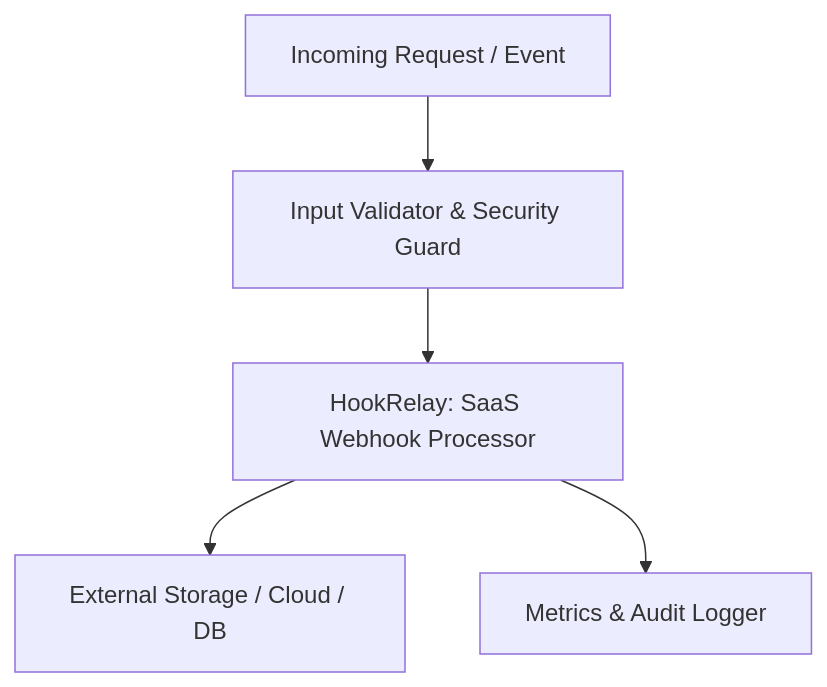
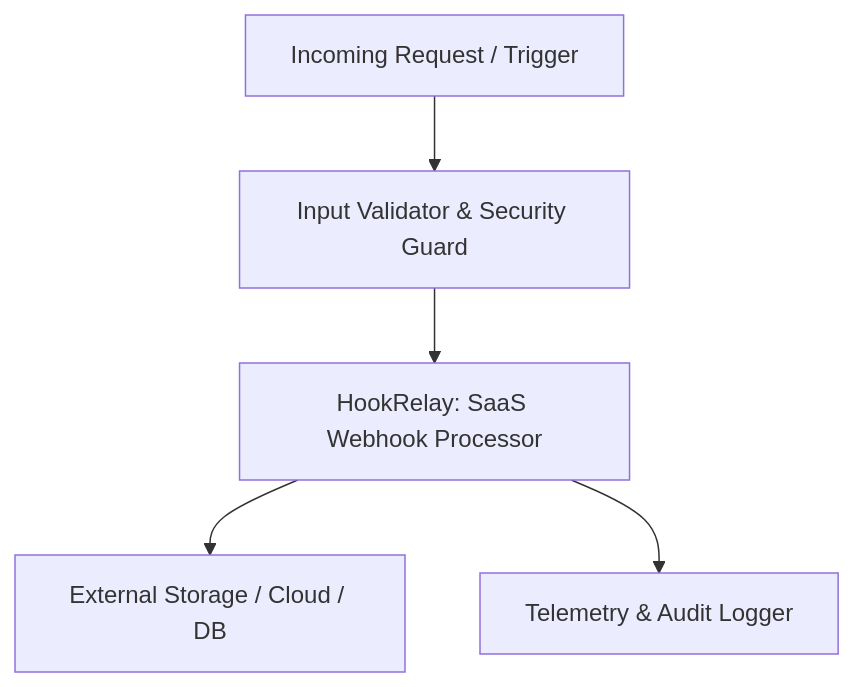
One commit to smit-backend/laravel-hook-relay changed the diagram in README.md. Above: the diagram before and after it, drawn with Mermaid. The commit also changed other lines of this file, not shown here.

Commit message:
docs(readme): add detailed architectural flowchart, usage examples, and badges

````diff
--- a/README.md
+++ b/README.md
@@ -23,7 +23,7 @@
 ```mermaid
 graph TD
-    Client[Incoming Request / Event] --> Gate[Input Validator & Security Guard]
+    Client[Incoming Request / Trigger] --> Gate[Input Validator & Security Guard]
     Gate --> CoreEngine[HookRelay: SaaS Webhook Processor]
     CoreEngine --> Adapter[External Storage / Cloud / DB]
-    CoreEngine --> Observer[Metrics & Audit Logger]
+    CoreEngine --> Observer[Telemetry & Audit Logger]
 ```
````
